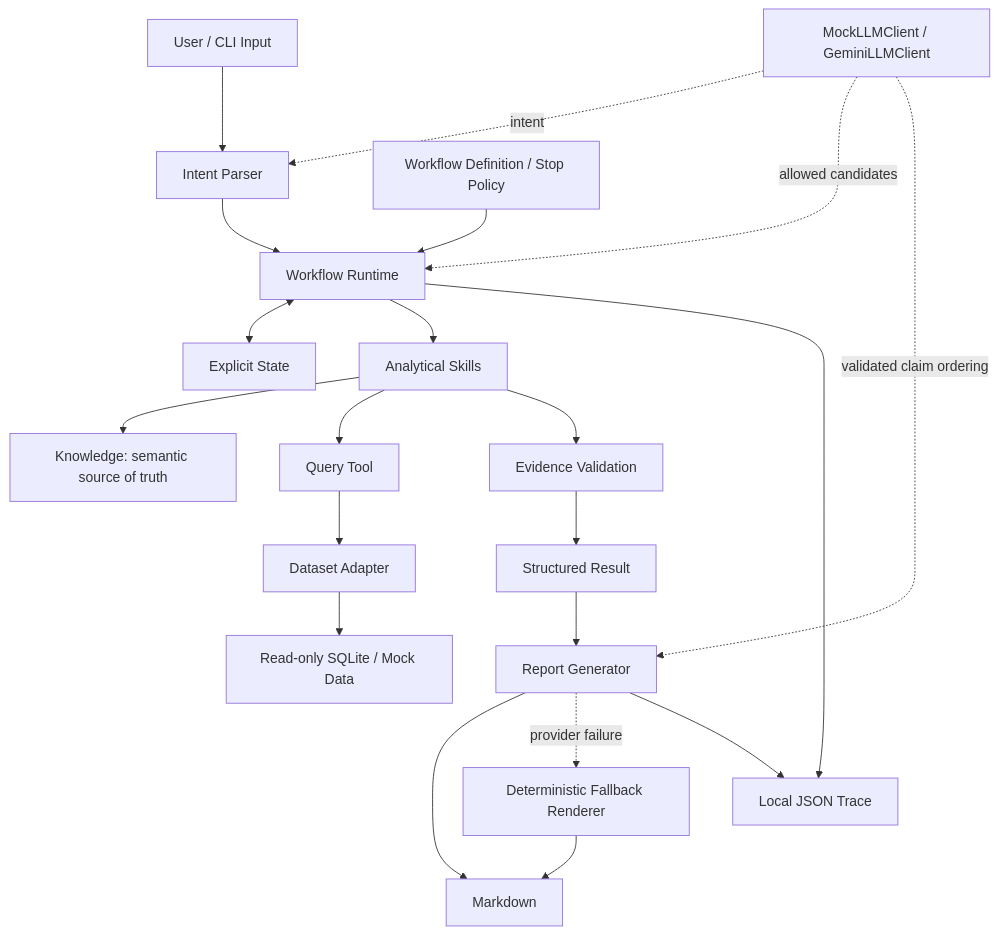
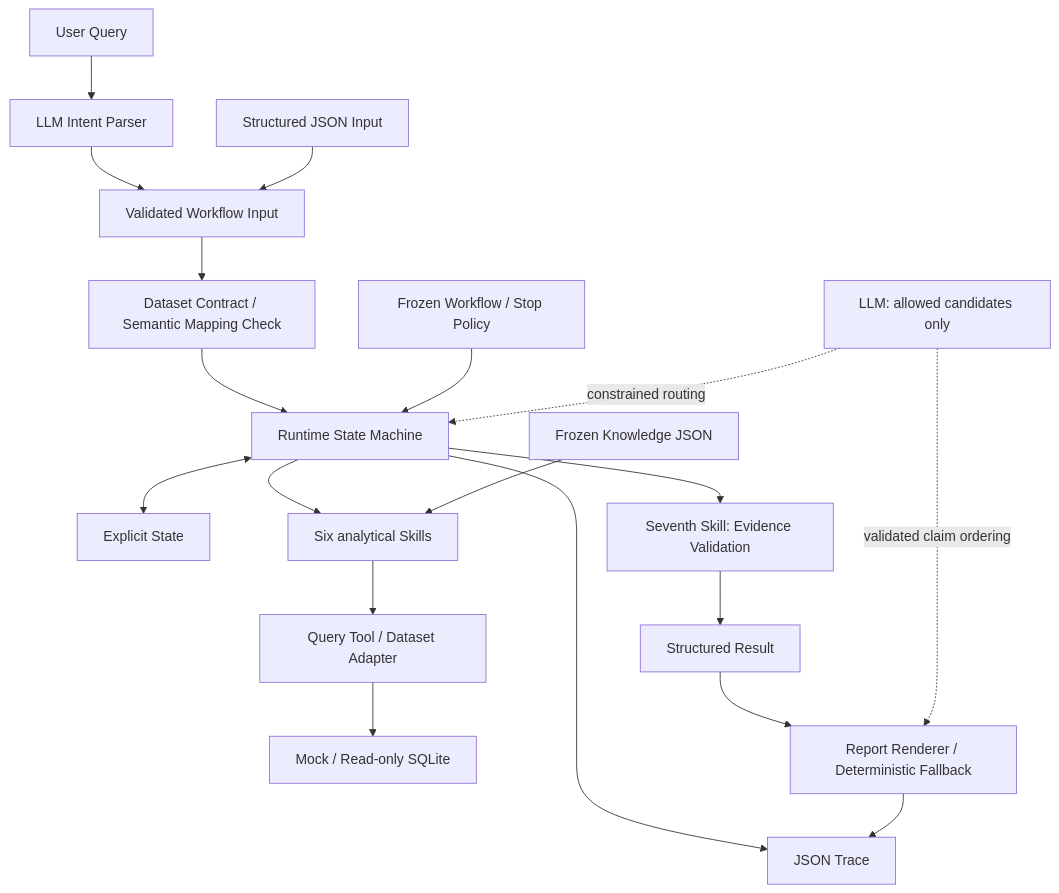
One commit to sayaka111/business-performance-agent changed the diagram in docs/ARCHITECTURE.md. Above: the diagram before and after it, drawn with Mermaid. The commit also changed other lines of this file and 241 other files, not shown here.

Commit message:
Specification-driven business analytics agent combining LLM intent parsing with deterministic metric decomposition, dataset contracts, and evidence-backed diagnosis on real retail data.

````diff
--- a/docs/ARCHITECTURE.md
+++ b/docs/ARCHITECTURE.md
@@ -7,23 +5,21 @@
 ```mermaid
 flowchart TD
-    U[User / CLI Input] --> I[Intent Parser]
-    I --> R[Workflow Runtime]
-    W[Workflow Definition / Stop Policy] --> R
+    U[User Query] --> I[LLM Intent Parser]
+    I --> IN[Validated Workflow Input]
+    J[Structured JSON Input] --> IN
+    IN --> C[Dataset Contract / Semantic Mapping Check]
+    C --> R[Runtime State Machine]
+    W[Frozen Workflow / Stop Policy] --> R
     R <--> S[Explicit State]
-    R --> A[Analytical Skills]
-    A --> K[Knowledge: semantic source of truth]
-    A --> Q[Query Tool]
-    Q --> D[Dataset Adapter]
-    D --> DB[Read-only SQLite / Mock Data]
-    A --> E[Evidence Validation]
+    R --> A[Six analytical Skills]
+    K[Frozen Knowledge JSON] --> A
+    A --> T[Query Tool / Dataset Adapter]
+    T --> D[Mock / Read-only SQLite]
+    R --> E[Seventh Skill: Evidence Validation]
     E --> O[Structured Result]
-    O --> G[Report Generator]
-    L[MockLLMClient / GeminiLLMClient] -. intent .-> I
-    L -. allowed candidates .-> R
-    L -. validated claim ordering .-> G
-    G --> M[Markdown]
-    G -. provider failure .-> F[Deterministic Fallback Renderer]
-    F --> M
-    R --> T[Local JSON Trace]
-    G --> T
+    O --> F[Report Renderer / Deterministic Fallback]
+    L[LLM: allowed candidates only] -. constrained routing .-> R
+    L -. validated claim ordering .-> F
+    R --> TR[JSON Trace]
+    F --> TR
 ```
````
